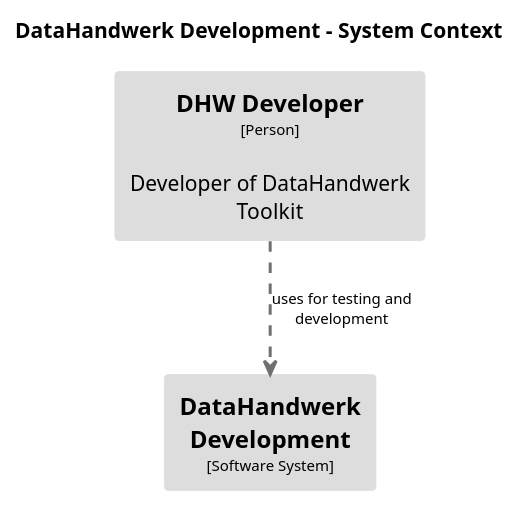
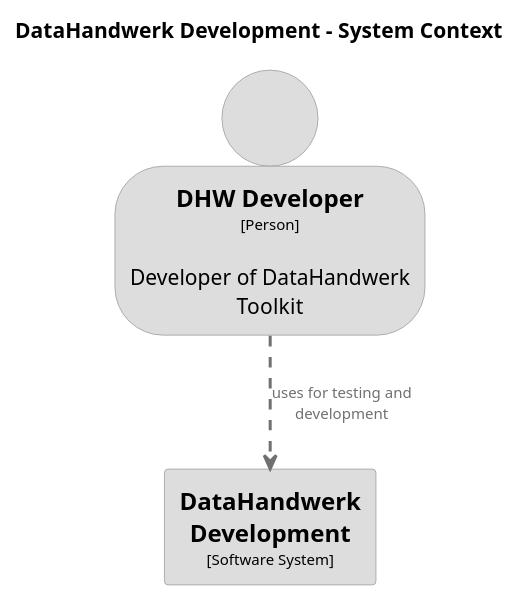
One commit to DataHandwerk/dhw-antora-docs changed the diagram in docs/modules/arc/partials/c4_dsl/puml/structurizr-DataHandwerkDevelopment-SystemContext.puml. Above: the diagram before and after it, drawn with PlantUML. The commit also changed 20 other files, not shown here.

Commit message:
update architecture a bit

```diff
--- a/docs/modules/arc/partials/c4_dsl/puml/structurizr-DataHandwerkDevelopment-SystemContext.puml
+++ b/docs/modules/arc/partials/c4_dsl/puml/structurizr-DataHandwerkDevelopment-SystemContext.puml
@@ -1,26 +1,31 @@
-@startuml(id=DataHandwerkDevelopment-SystemContext)
+@startuml
 title DataHandwerk Development - System Context
+
+top to bottom direction
 
 skinparam {
   shadowing false
   arrowFontSize 10
   defaultTextAlignment center
   wrapWidth 200
   maxMessageSize 100
 }
+
 hide stereotype
-top to bottom direction
-skinparam rectangle<<31>> {
+
+skinparam person<<DHWDeveloper>> {
   BackgroundColor #dddddd
   FontColor #000000
-  BorderColor #dddddd
+  BorderColor #9a9a9a
 }
-skinparam rectangle<<32>> {
+skinparam rectangle<<DataHandwerkDevelopment>> {
   BackgroundColor #dddddd
   FontColor #000000
-  BorderColor #dddddd
+  BorderColor #9a9a9a
 }
-rectangle "==DHW Developer\n<size:10>[Person]</size>\n\nDeveloper of DataHandwerk Toolkit" <<31>> as 31
-rectangle "==DataHandwerk Development\n<size:10>[Software System]</size>" <<32>> as 32
-31 .[#707070,thickness=2].> 32 : "uses for testing and development"
+
+person "==DHW Developer\n<size:10>[Person]</size>\n\nDeveloper of DataHandwerk Toolkit" <<DHWDeveloper>> as DHWDeveloper
+rectangle "==DataHandwerk Development\n<size:10>[Software System]</size>" <<DataHandwerkDevelopment>> as DataHandwerkDevelopment
+
+DHWDeveloper .[#707070,thickness=2].> DataHandwerkDevelopment : "<color:#707070>uses for testing and development"
 @enduml
```
